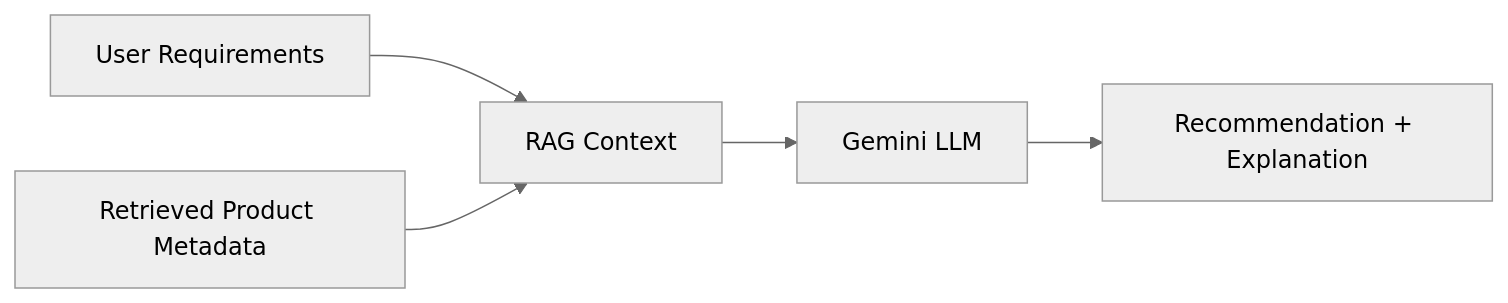
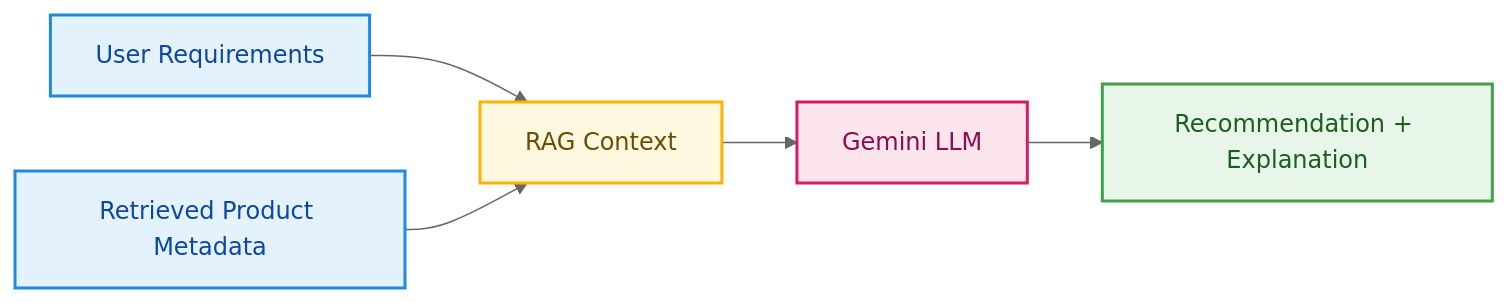
One commit to Veenashree22533/final_year changed the second of 2 diagrams in README.md. Above: the diagram before and after it, drawn with Mermaid (neutral theme). The commit also changed other lines of this file, not shown here.

````diff
--- a/README.md
+++ b/README.md
@@ -136,7 +152,17 @@
 ```mermaid
 flowchart LR
     A[User Requirements] --> C[RAG Context]
     B[Retrieved Product Metadata] --> C
     C --> D[Gemini LLM]
     D --> E[Recommendation + Explanation]
+
+    classDef input fill:#E3F2FD,stroke:#1E88E5,stroke-width:2px,color:#0D47A1;
+    classDef context fill:#FFF8E1,stroke:#FFB300,stroke-width:2px,color:#6D4C00;
+    classDef llm fill:#FCE4EC,stroke:#D81B60,stroke-width:2px,color:#880E4F;
+    classDef output fill:#E8F5E9,stroke:#43A047,stroke-width:2px,color:#1B5E20;
+
+    class A,B input;
+    class C context;
+    class D llm;
+    class E output;
 ```
````
